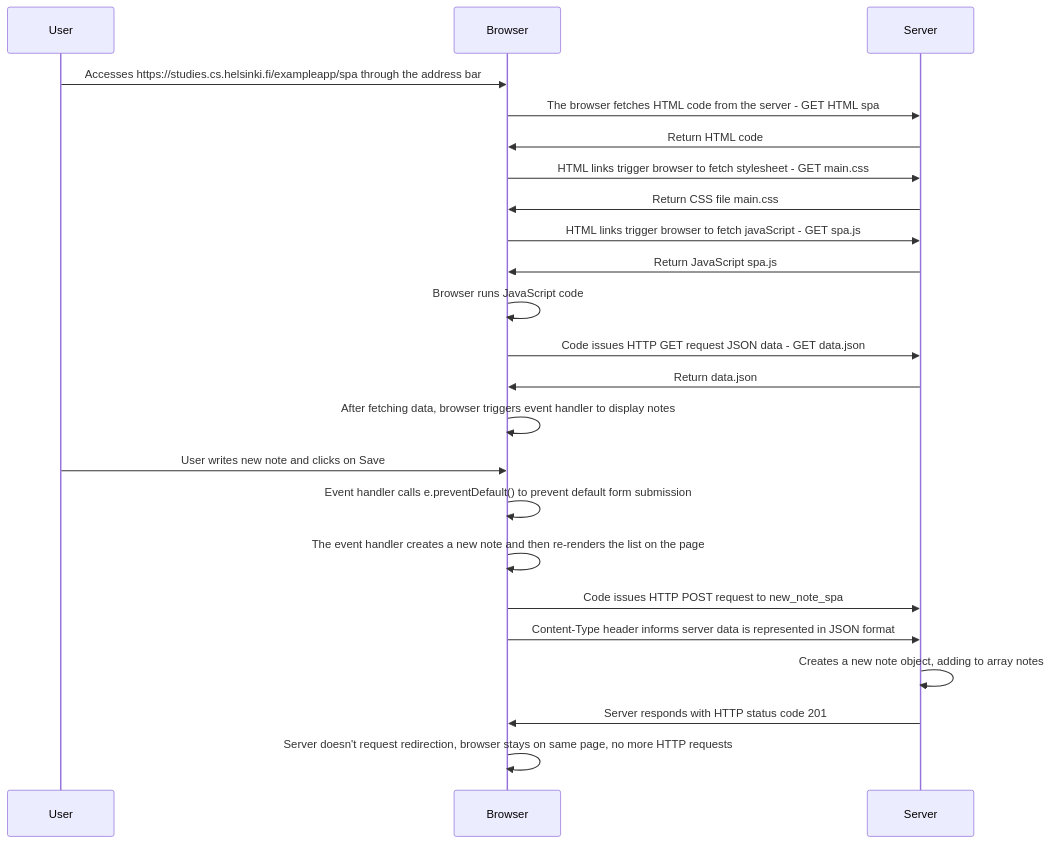
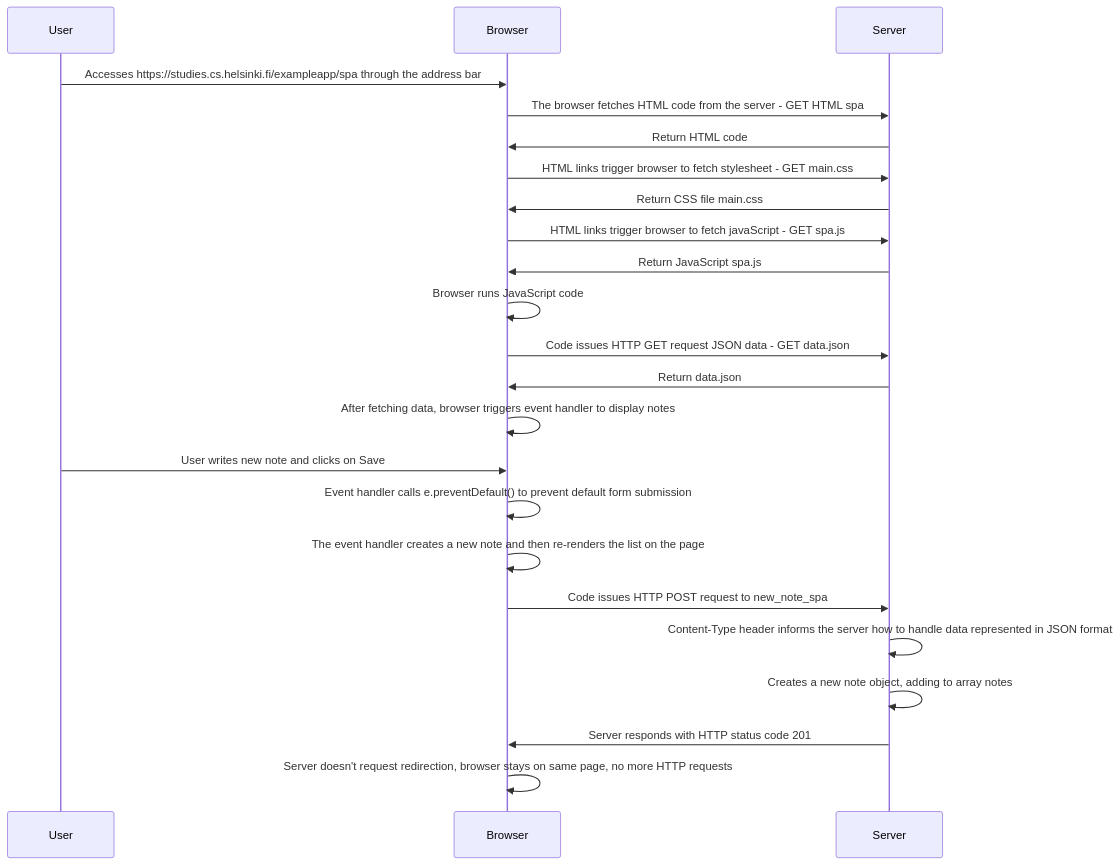
One commit to garciamoramc/course-fullstackopen changed the diagram in part0/sequenceDiagram0-6.md. Above: the diagram before and after it, drawn with Mermaid.

````diff
--- a/part0/sequenceDiagram0-6.md
+++ b/part0/sequenceDiagram0-6.md
@@ -1,22 +1,22 @@
 ```mermaid
 sequenceDiagram
     User->>Browser: Accesses https://studies.cs.helsinki.fi/exampleapp/spa through the address bar
     Browser->>Server: The browser fetches HTML code from the server - GET HTML spa
     Server->>Browser: Return HTML code
     Browser->>Server: HTML links trigger browser to fetch stylesheet - GET main.css
     Server->>Browser: Return CSS file main.css
     Browser->>Server: HTML links trigger browser to fetch javaScript - GET spa.js
     Server->>Browser: Return JavaScript spa.js
     Browser->>Browser: Browser runs JavaScript code 
     Browser->>Server: Code issues HTTP GET request JSON data - GET data.json
     Server->>Browser: Return data.json
     Browser->>Browser: After fetching data, browser triggers event handler to display notes
     User->>Browser: User writes new note and clicks on Save
     Browser->>Browser: Event handler calls e.preventDefault() to prevent default form submission
     Browser->>Browser: The event handler creates a new note and then re-renders the list on the page
     Browser->>Server: Code issues HTTP POST request to new_note_spa
-    Browser->>Server: Content-Type header informs server data is represented in JSON format
+    Server->>Server: Content-Type header informs the server how to handle data represented in JSON format
     Server->>Server: Creates a new note object, adding to array notes
     Server->>Browser: Server responds with HTTP status code 201
     Browser->>Browser: Server doesn't request redirection, browser stays on same page, no more HTTP requests
 ```
````
